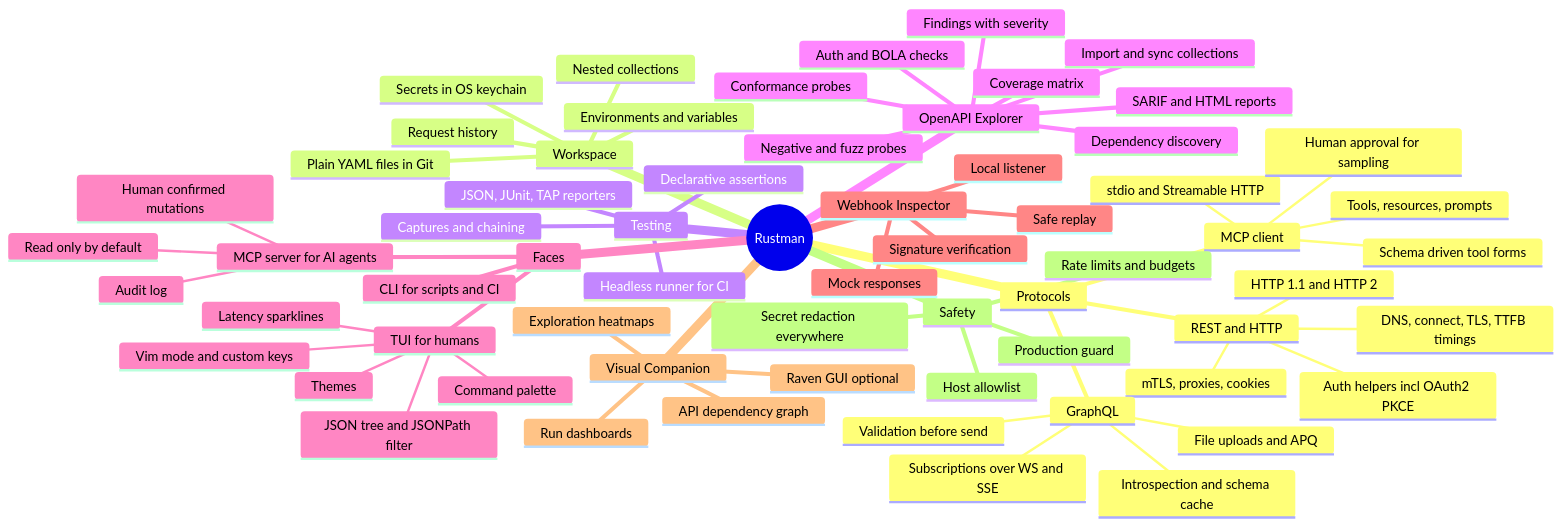
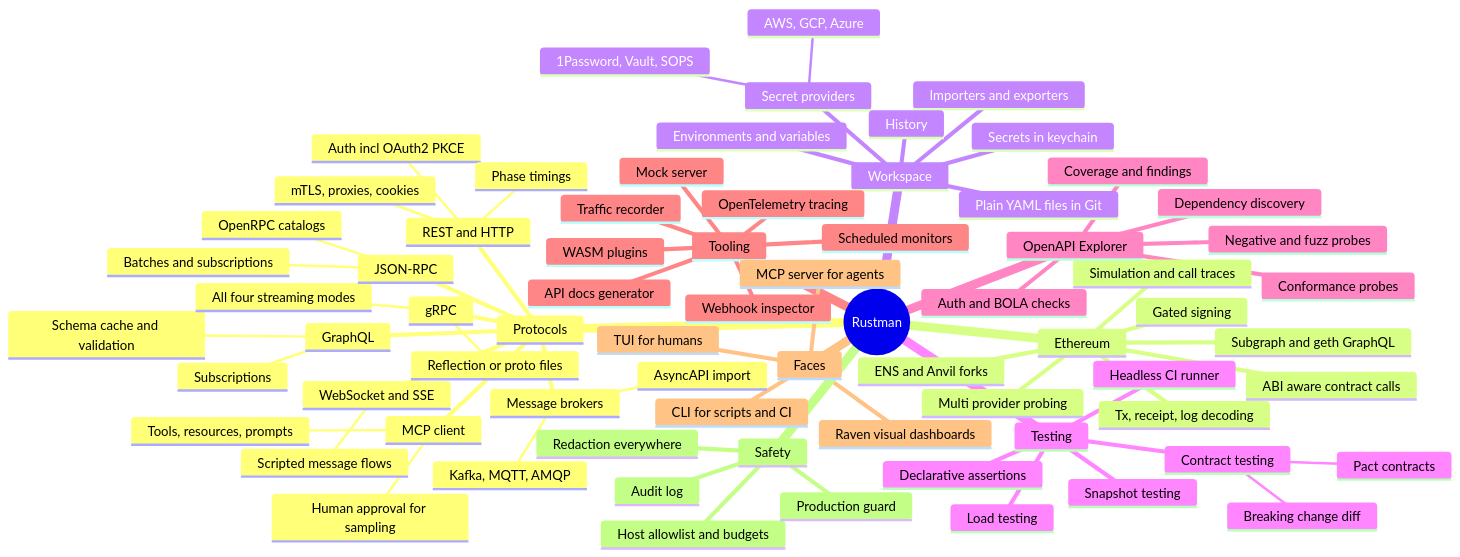
The first of 2 diagrams in README.md (CyberdyneCorp/rustman), drawn with Mermaid before and after one commit. The commit also changed other lines of this file and 56 other files, not shown here.

````diff
--- a/README.md
+++ b/README.md
@@ -25,67 +28,75 @@
 ```mermaid
 mindmap
   root((Rustman))
     Protocols
       REST and HTTP
-        HTTP 1.1 and HTTP 2
-        Auth helpers incl OAuth2 PKCE
+        Auth incl OAuth2 PKCE
         mTLS, proxies, cookies
-        DNS, connect, TLS, TTFB timings
+        Phase timings
       GraphQL
-        Introspection and schema cache
-        Validation before send
-        Subscriptions over WS and SSE
-        File uploads and APQ
+        Schema cache and validation
+        Subscriptions
       MCP client
-        stdio and Streamable HTTP
         Tools, resources, prompts
-        Schema driven tool forms
         Human approval for sampling
+      gRPC
+        Reflection or proto files
+        All four streaming modes
+      WebSocket and SSE
+        Scripted message flows
+      Message brokers
+        Kafka, MQTT, AMQP
+        AsyncAPI import
+      JSON-RPC
+        Batches and subscriptions
+        OpenRPC catalogs
+    Ethereum
+      ABI aware contract calls
+      Tx, receipt, log decoding
+      Simulation and call traces
+      ENS and Anvil forks
+      Gated signing
+      Multi provider probing
+      Subgraph and geth GraphQL
     Workspace
       Plain YAML files in Git
-      Nested collections
       Environments and variables
-      Secrets in OS keychain
-      Request history
+      Secrets in keychain
+      Secret providers
+        1Password, Vault, SOPS
+        AWS, GCP, Azure
+      Importers and exporters
+      History
     Testing
       Declarative assertions
-      Captures and chaining
-      Headless runner for CI
-      JSON, JUnit, TAP reporters
+      Snapshot testing
+      Headless CI runner
+      Load testing
+      Contract testing
+        Breaking change diff
+        Pact contracts
     OpenAPI Explorer
-      Import and sync collections
       Dependency discovery
       Conformance probes
       Negative and fuzz probes
       Auth and BOLA checks
-      Coverage matrix
-      Findings with severity
-      SARIF and HTML reports
+      Coverage and findings
+    Tooling
+      Mock server
+      Traffic recorder
+      Webhook inspector
+      Scheduled monitors
+      API docs generator
+      OpenTelemetry tracing
+      WASM plugins
     Faces
       TUI for humans
-        Command palette
-        Vim mode and custom keys
-        JSON tree and JSONPath filter
-        Latency sparklines
-        Themes
       CLI for scripts and CI
-      MCP server for AI agents
-        Read only by default
-        Human confirmed mutations
-        Audit log
-    Webhook Inspector
-      Local listener
-      Mock responses
-      Signature verification
-      Safe replay
-    Visual Companion
-      Raven GUI optional
-      Run dashboards
-      Exploration heatmaps
-      API dependency graph
+      MCP server for agents
+      Raven visual dashboards
     Safety
-      Host allowlist
-      Rate limits and budgets
+      Host allowlist and budgets
       Production guard
-      Secret redaction everywhere
+      Redaction everywhere
+      Audit log
 ```
````
